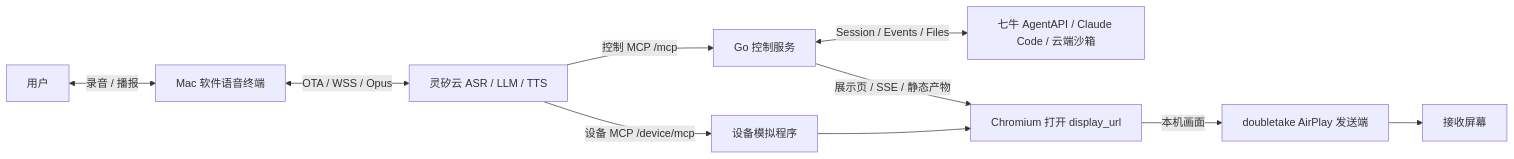
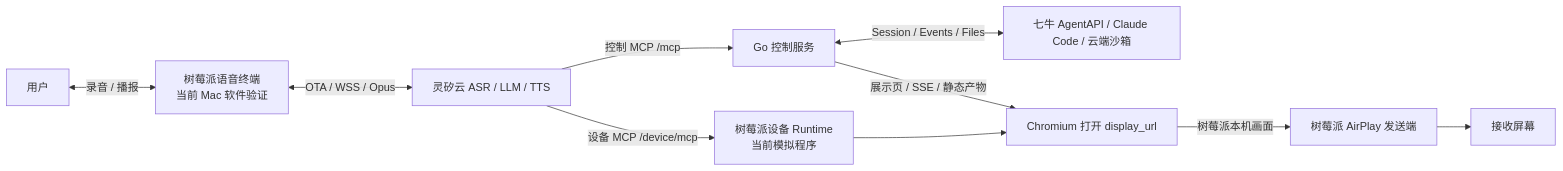
One commit to wwcchh0123/hackathonGO-2026 changed the diagram in docs/architecture.md. Above: the diagram before and after it, drawn with Mermaid. The commit also changed other lines of this file and 4 other files, not shown here.

First line of the commit message:
docs: align architecture docs with Raspberry Pi target (#51)

````diff
--- a/docs/architecture.md
+++ b/docs/architecture.md
@@ -7,12 +13,12 @@
 ```mermaid
 flowchart LR
-  User[用户] <-->|录音 / 播报| Voice[Mac 软件语音终端]
+  User[用户] <-->|录音 / 播报| Voice[树莓派语音终端<br/>当前 Mac 软件验证]
   Voice <-->|OTA / WSS / Opus| Linx[灵矽云 ASR / LLM / TTS]
   Linx -->|控制 MCP /mcp| Control[Go 控制服务]
   Control <-->|Session / Events / Files| Agent[七牛 AgentAPI / Claude Code / 云端沙箱]
-  Linx -->|设备 MCP /device/mcp| Device[设备模拟程序]
+  Linx -->|设备 MCP /device/mcp| Device[树莓派设备 Runtime<br/>当前模拟程序]
   Device --> Browser[Chromium 打开 display_url]
   Control -->|展示页 / SSE / 静态产物| Browser
-  Browser -->|本机画面| Sender[doubletake AirPlay 发送端]
+  Browser -->|树莓派本机画面| Sender[树莓派 AirPlay 发送端]
   Sender --> Screen[接收屏幕]
 ```
````
